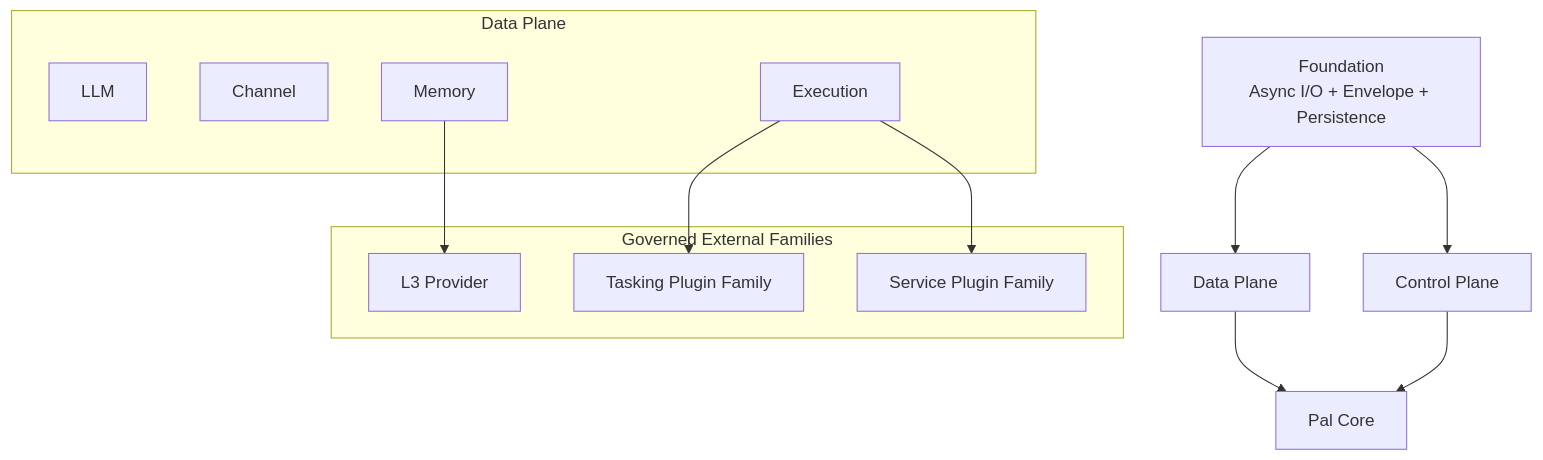
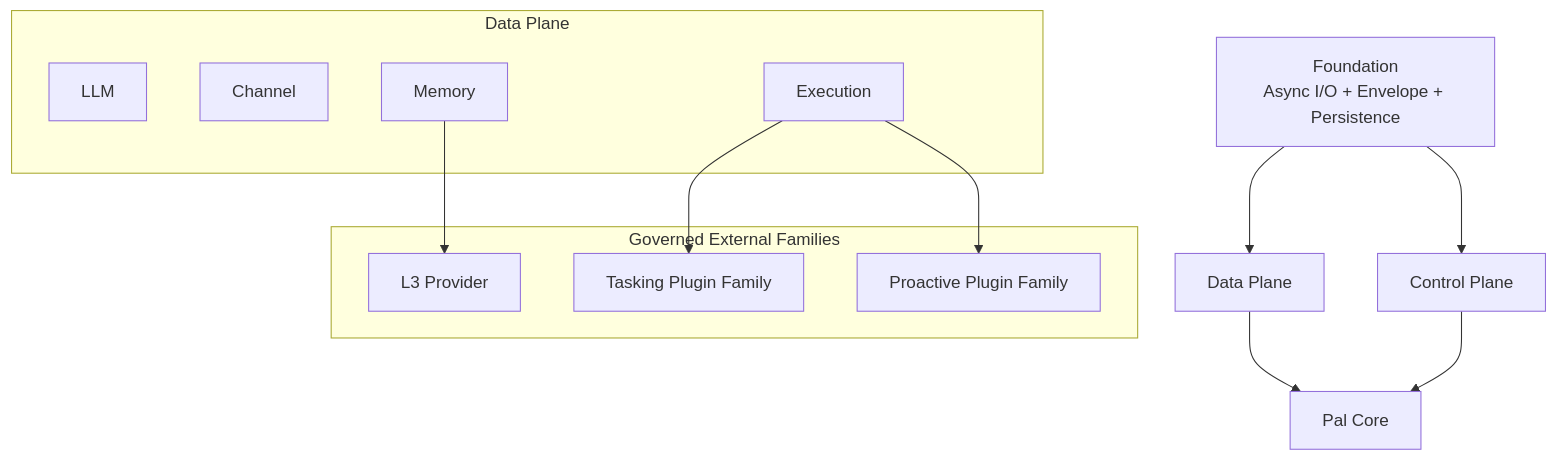
The first of 2 diagrams in docs/pal_architecture_v1.md (OtakuNathan/Pal), drawn with Mermaid before and after one commit. The commit also changed other lines of this file and 150 other files, not shown here.

````diff
--- a/docs/pal_architecture_v1.md
+++ b/docs/pal_architecture_v1.md
@@ -23,29 +23,29 @@
 ```mermaid
 flowchart TD
     F["Foundation\nAsync I/O + Envelope + Persistence"]
     DP["Data Plane"]
     CP["Control Plane"]
     CORE["Pal Core"]
 
     F --> DP
     F --> CP
     DP --> CORE
     CP --> CORE
 
     subgraph DATA["Data Plane"]
         LLM["LLM"]
         CH["Channel"]
         MEM["Memory"]
         EX["Execution"]
     end
 
     subgraph EXT["Governed External Families"]
         L3["L3 Provider"]
         TASK["Tasking Plugin Family"]
-        SVC["Service Plugin Family"]
+        PRO["Proactive Plugin Family"]
     end
 
     MEM --> L3
     EX --> TASK
-    EX --> SVC
+    EX --> PRO
 ```
````
